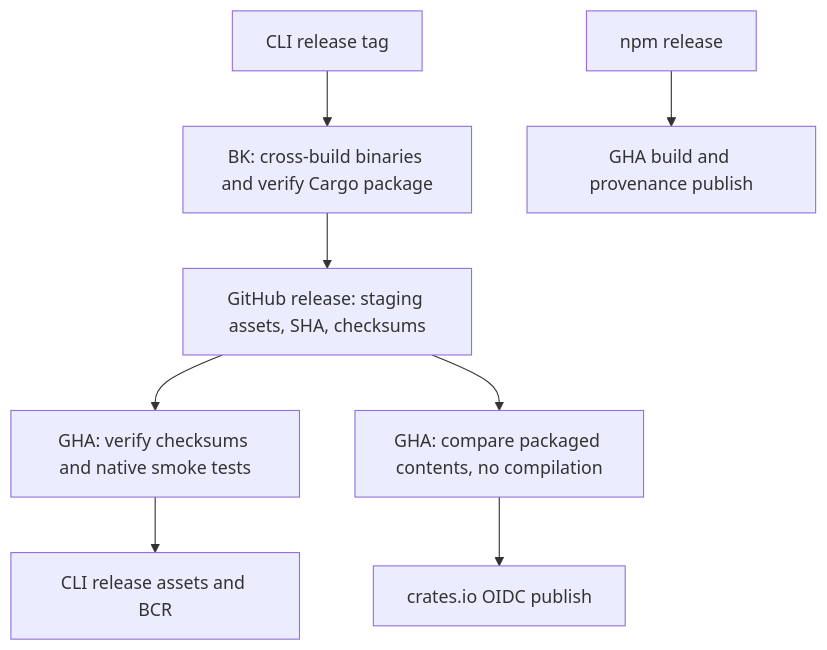
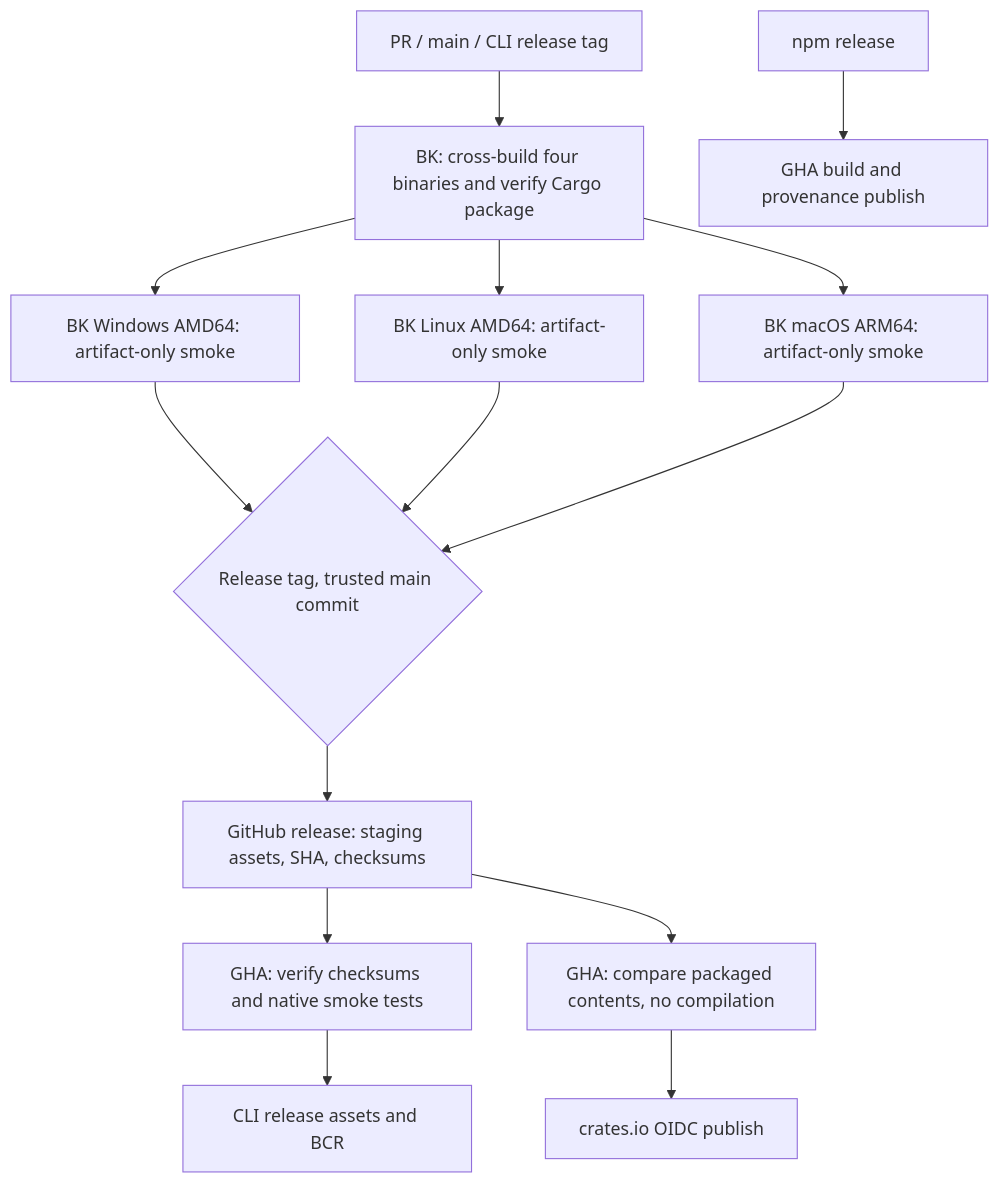
The second of 2 diagrams in .buildkite/README.md (perplexityai/codescythe), drawn with Mermaid before and after one commit. The commit also changed other lines of this file and 14 other files, not shown here.

````diff
--- a/.buildkite/README.md
+++ b/.buildkite/README.md
@@ -37,10 +37,16 @@
 ```mermaid
 flowchart TD
-  Tag[CLI release tag] --> BK[BK: cross-build binaries and verify Cargo package]
-  BK --> Assets[GitHub release: staging assets, SHA, checksums]
+  Build[PR / main / CLI release tag] --> BK[BK: cross-build four binaries and verify Cargo package]
+  BK --> Linux[BK Linux AMD64: artifact-only smoke]
+  BK --> Mac[BK macOS ARM64: artifact-only smoke]
+  BK --> Windows[BK Windows AMD64: artifact-only smoke]
+  Windows --> Gate
+  Linux --> Gate{Release tag, trusted main commit}
+  Mac --> Gate
+  Gate --> Assets[GitHub release: staging assets, SHA, checksums]
   Assets --> CLI[GHA: verify checksums and native smoke tests]
   CLI --> Release[CLI release assets and BCR]
   Assets --> Crate[GHA: compare packaged contents, no compilation]
   Crate --> Publish[crates.io OIDC publish]
   NPM[npm release] --> GHBuild[GHA build and provenance publish]
 ```
````
